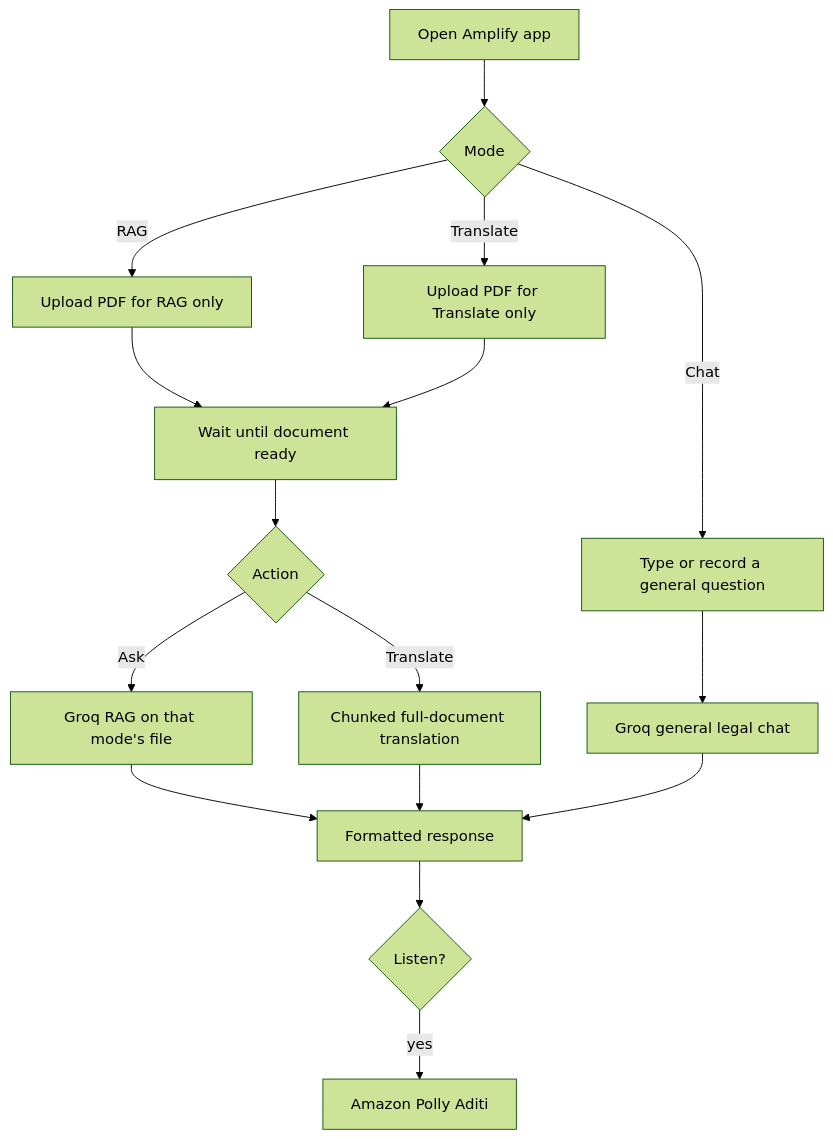
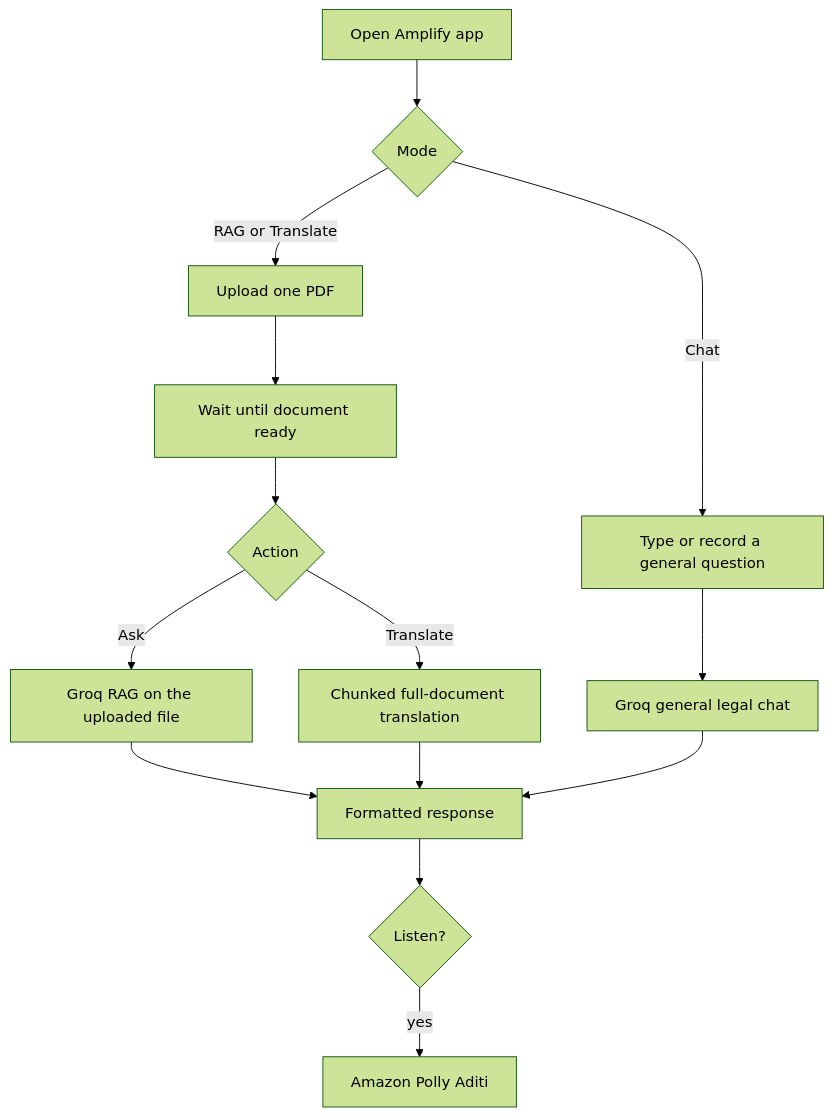
One commit to MohammedShuraim/LexCloud changed the second of 2 diagrams in README.md. Above: the diagram before and after it, drawn with Mermaid (forest theme).

Commit message:
docs: note that RAG and Translate share one PDF

````diff
--- a/README.md
+++ b/README.md
@@ -91,18 +91,16 @@
 ```mermaid
 flowchart TD
   A[Open Amplify app] --> B{Mode}
-  B -->|RAG| C[Upload PDF for RAG only]
-  B -->|Translate| D[Upload PDF for Translate only]
+  B -->|RAG or Translate| C[Upload one PDF]
   B -->|Chat| E[Type or record a general question]
   C --> F[Wait until document ready]
-  D --> F
   F --> G{Action}
-  G -->|Ask| H[Groq RAG on that mode's file]
+  G -->|Ask| H[Groq RAG on the uploaded file]
   G -->|Translate| I[Chunked full-document translation]
   E --> J[Groq general legal chat]
   H --> K[Formatted response]
   I --> K
   J --> K
   K --> L{Listen?}
   L -->|yes| M[Amazon Polly Aditi]
 ```
````
